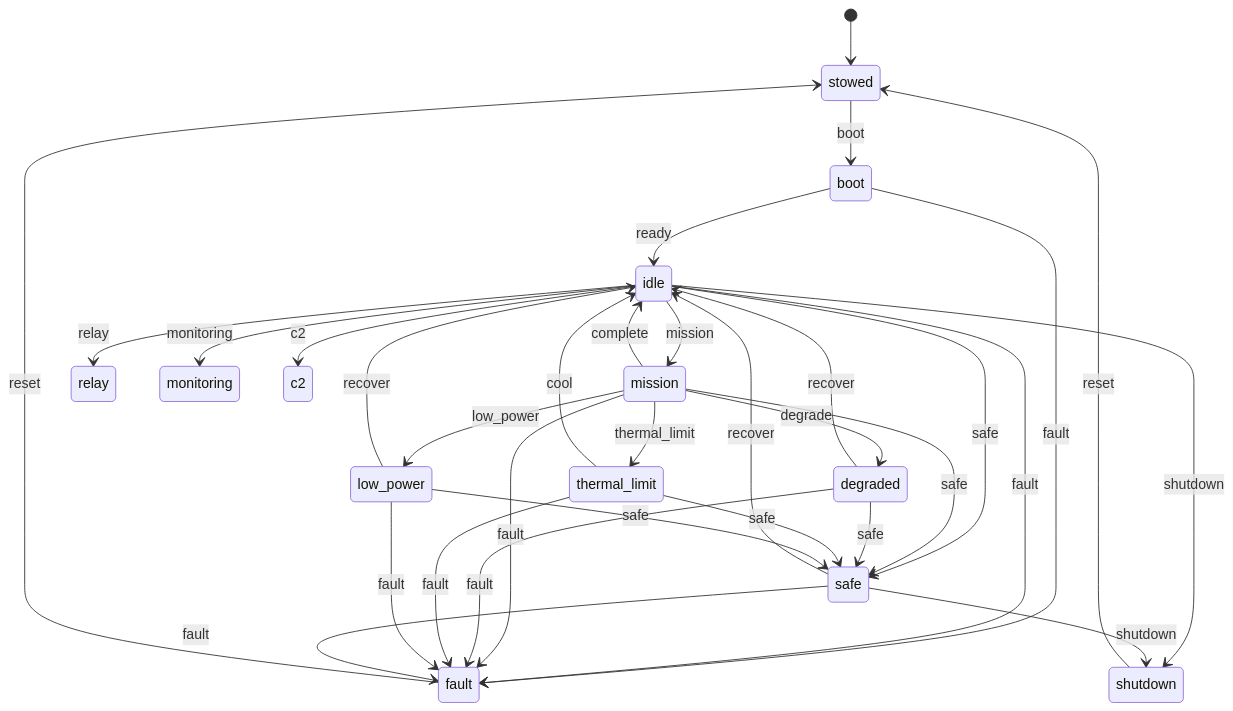
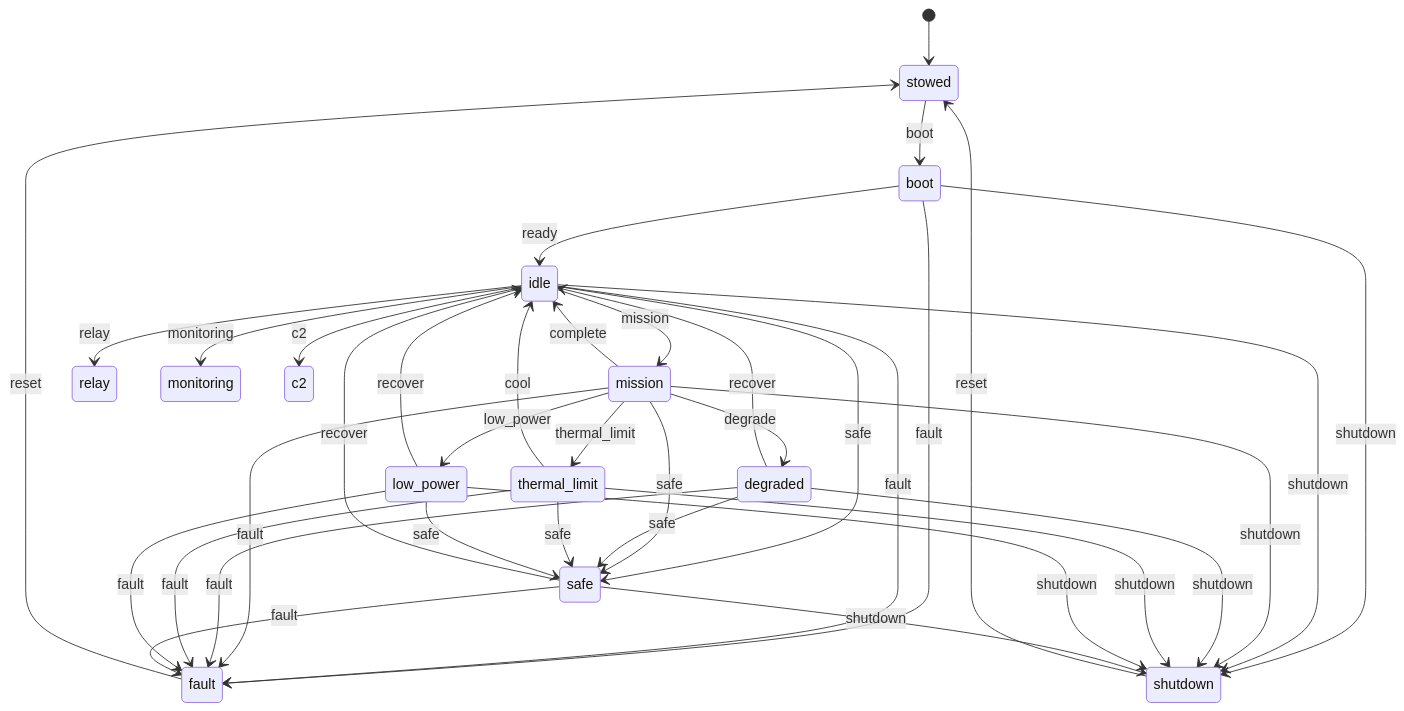
Before and after one commit to rmednitzer/nous: the diagram in docs/state-machine.md, drawn with Mermaid. The commit also changed 7 other files, not shown here.

````diff
--- a/docs/state-machine.md
+++ b/docs/state-machine.md
@@ -31,34 +31,39 @@
 ```mermaid
 stateDiagram-v2
     [*] --> stowed
     stowed --> boot: boot
     boot --> idle: ready
     boot --> fault: fault
+    boot --> shutdown: shutdown
     idle --> mission: mission
     idle --> relay: relay
     idle --> monitoring: monitoring
     idle --> c2: c2
     idle --> safe: safe
     idle --> fault: fault
     idle --> shutdown: shutdown
     mission --> degraded: degrade
     mission --> thermal_limit: thermal_limit
     mission --> low_power: low_power
     mission --> idle: complete
     mission --> safe: safe
     mission --> fault: fault
+    mission --> shutdown: shutdown
     degraded --> idle: recover
     degraded --> safe: safe
     degraded --> fault: fault
+    degraded --> shutdown: shutdown
     thermal_limit --> idle: cool
     thermal_limit --> safe: safe
     thermal_limit --> fault: fault
+    thermal_limit --> shutdown: shutdown
     low_power --> idle: recover
     low_power --> safe: safe
     low_power --> fault: fault
+    low_power --> shutdown: shutdown
     safe --> idle: recover
     safe --> fault: fault
     safe --> shutdown: shutdown
     fault --> stowed: reset
     shutdown --> stowed: reset
 ```
````
